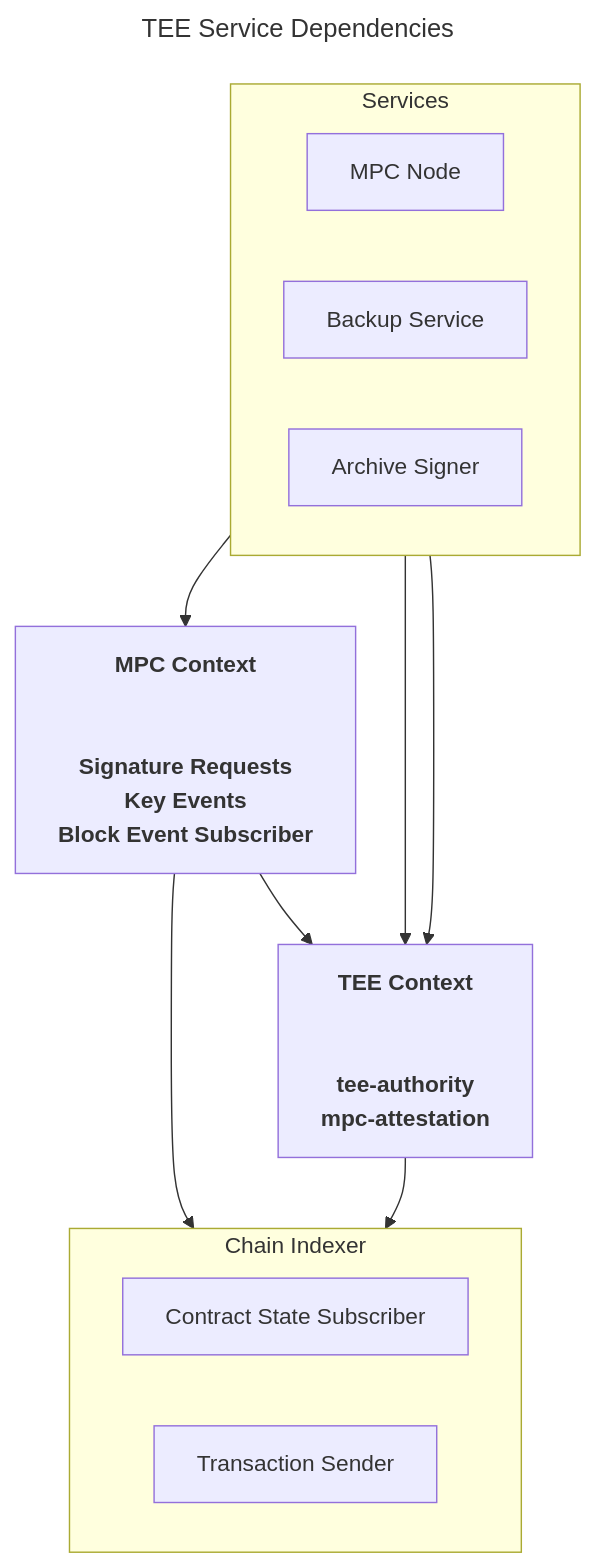
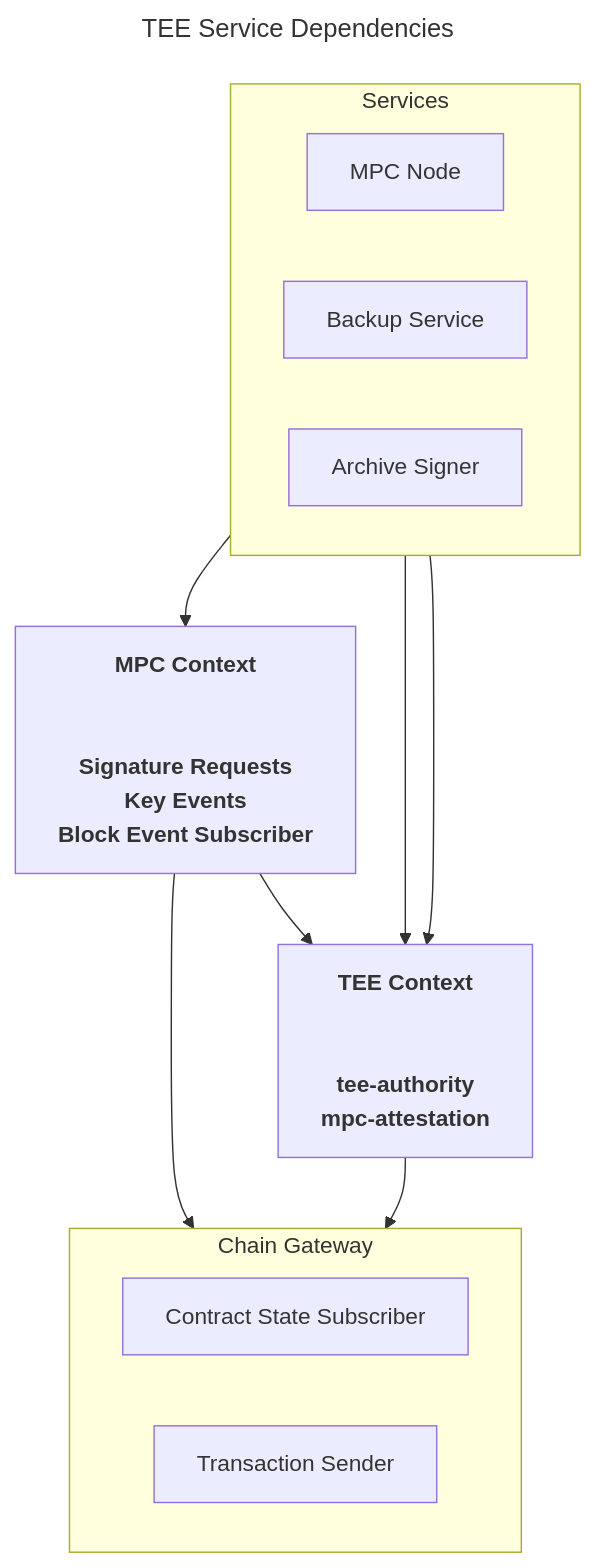
The first of 3 diagrams in docs/tee-lifecycle.md (near/mpc), drawn with Mermaid before and after one commit. The commit also changed other lines of this file and 1 other file, not shown here.

First line of the commit message:
docs: rename Chain Indexer to Chain Gateway and drop contract-specific phrasing

````diff
--- a/docs/tee-lifecycle.md
+++ b/docs/tee-lifecycle.md
@@ -34,41 +34,41 @@
 ```mermaid
 ---
 title: TEE Service Dependencies
 ---
 flowchart TB
 
 subgraph SERVICES["Services"]
     direction LR
     MPC_NODE["MPC Node"]
     BACKUP["Backup Service"]
     HOT_APP["Archive Signer"]
 end
 
 MPC_CTX[
 <b>MPC Context</b><br/><br/>
 <b>Signature Requests</b>
 <b>Key Events</b>
 <b>Block Event Subscriber</b>
 ]
 
 TEE_CTX[
 <b>TEE Context</b><br/><br/>
 <b>tee-authority</b>
 <b>mpc-attestation</b>
 ]
 
-subgraph CHAIN["Chain Indexer"]
+subgraph CHAIN["Chain Gateway"]
     direction LR
     CSUB["Contract State Subscriber"]
     TSEND["Transaction Sender"]
 end
 
 MPC_NODE --> MPC_CTX
 BACKUP --> TEE_CTX
 HOT_APP --> TEE_CTX
 
 MPC_CTX --> TEE_CTX
 MPC_CTX --> CHAIN
 
 TEE_CTX --> CHAIN
 ```
````
